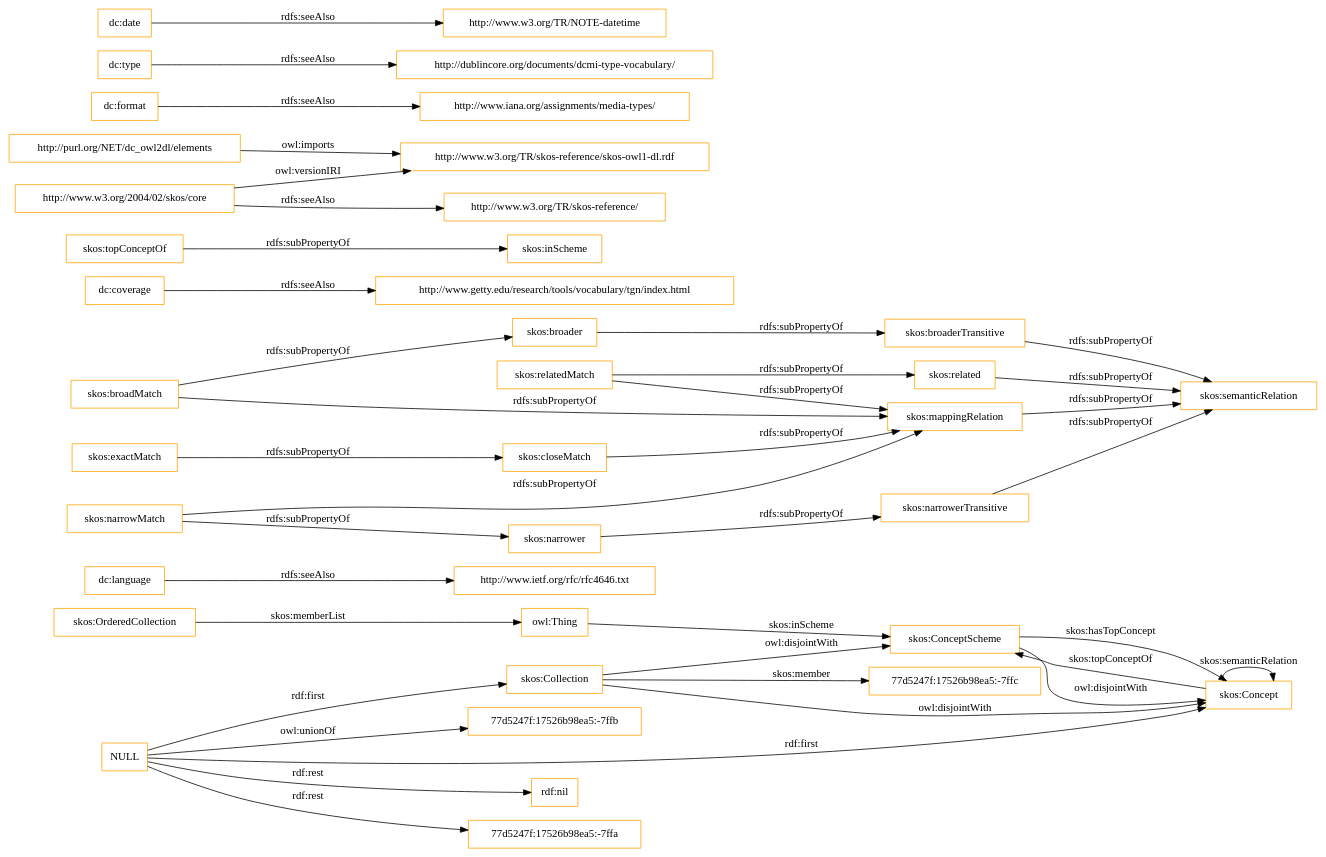
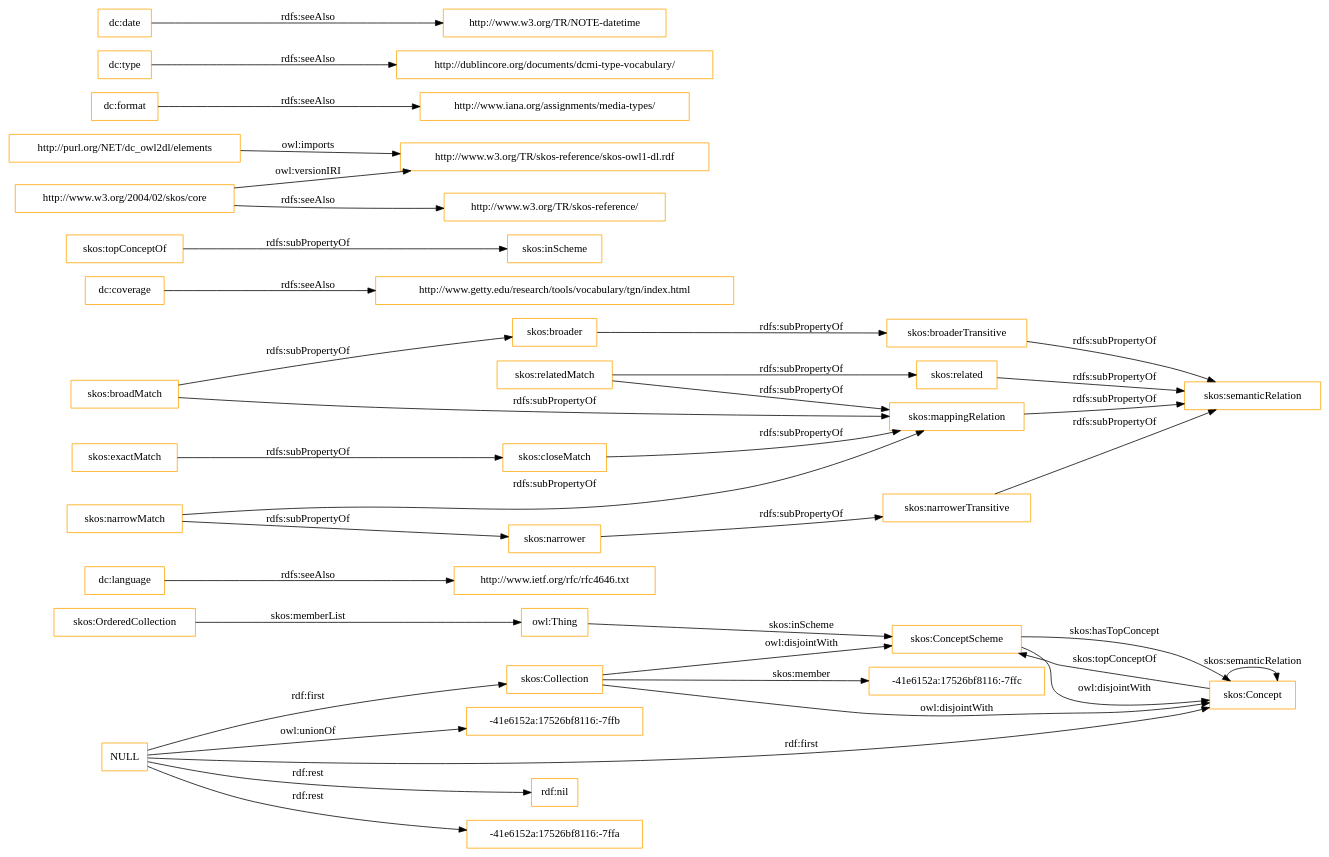
One commit to OnToologyUser/core-ontology-1 changed the diagram in OnToology/imports/elements.owl/diagrams/ar2dtool-class/elements.owl.png.dot. Above: the diagram before and after it, drawn with Graphviz. The commit also changed 14 other files, not shown here.

```diff
--- a/OnToology/imports/elements.owl/diagrams/ar2dtool-class/elements.owl.png.dot
+++ b/OnToology/imports/elements.owl/diagrams/ar2dtool-class/elements.owl.png.dot
@@ -1,43 +1,43 @@
 digraph ar2dtool_diagram { 
 rankdir=LR;
 size="1501"
-node [shape = rectangle, color="orange"]; "77d5247f:17526b98ea5:-7ffc" "skos:OrderedCollection" "skos:Collection" "skos:ConceptScheme" "skos:Concept" ; /*classes style*/
+node [shape = rectangle, color="orange"]; "-41e6152a:17526bf8116:-7ffc" "skos:OrderedCollection" "skos:Collection" "skos:ConceptScheme" "skos:Concept" ; /*classes style*/
 	"dc:language" -> "http://www.ietf.org/rfc/rfc4646.txt" [ label = "rdfs:seeAlso" ];
 	"NULL" -> "rdf:nil" [ label = "rdf:rest" ];
 	"NULL" -> "skos:Collection" [ label = "rdf:first" ];
-	"NULL" -> "77d5247f:17526b98ea5:-7ffa" [ label = "rdf:rest" ];
+	"NULL" -> "-41e6152a:17526bf8116:-7ffa" [ label = "rdf:rest" ];
 	"NULL" -> "skos:Concept" [ label = "rdf:first" ];
-	"NULL" -> "77d5247f:17526b98ea5:-7ffb" [ label = "owl:unionOf" ];
+	"NULL" -> "-41e6152a:17526bf8116:-7ffb" [ label = "owl:unionOf" ];
 	"skos:closeMatch" -> "skos:mappingRelation" [ label = "rdfs:subPropertyOf" ];
 	"dc:coverage" -> "http://www.getty.edu/research/tools/vocabulary/tgn/index.html" [ label = "rdfs:seeAlso" ];
 	"skos:relatedMatch" -> "skos:related" [ label = "rdfs:subPropertyOf" ];
 	"skos:relatedMatch" -> "skos:mappingRelation" [ label = "rdfs:subPropertyOf" ];
 	"skos:ConceptScheme" -> "skos:Concept" [ label = "owl:disjointWith" ];
 	"skos:related" -> "skos:semanticRelation" [ label = "rdfs:subPropertyOf" ];
 	"skos:topConceptOf" -> "skos:inScheme" [ label = "rdfs:subPropertyOf" ];
 	"skos:broadMatch" -> "skos:broader" [ label = "rdfs:subPropertyOf" ];
 	"skos:broadMatch" -> "skos:mappingRelation" [ label = "rdfs:subPropertyOf" ];
 	"http://purl.org/NET/dc_owl2dl/elements" -> "http://www.w3.org/TR/skos-reference/skos-owl1-dl.rdf" [ label = "owl:imports" ];
 	"skos:exactMatch" -> "skos:closeMatch" [ label = "rdfs:subPropertyOf" ];
 	"dc:format" -> "http://www.iana.org/assignments/media-types/" [ label = "rdfs:seeAlso" ];
 	"skos:broaderTransitive" -> "skos:semanticRelation" [ label = "rdfs:subPropertyOf" ];
 	"dc:type" -> "http://dublincore.org/documents/dcmi-type-vocabulary/" [ label = "rdfs:seeAlso" ];
 	"skos:broader" -> "skos:broaderTransitive" [ label = "rdfs:subPropertyOf" ];
 	"skos:mappingRelation" -> "skos:semanticRelation" [ label = "rdfs:subPropertyOf" ];
 	"http://www.w3.org/2004/02/skos/core" -> "http://www.w3.org/TR/skos-reference/skos-owl1-dl.rdf" [ label = "owl:versionIRI" ];
 	"http://www.w3.org/2004/02/skos/core" -> "http://www.w3.org/TR/skos-reference/" [ label = "rdfs:seeAlso" ];
 	"skos:Collection" -> "skos:ConceptScheme" [ label = "owl:disjointWith" ];
 	"skos:Collection" -> "skos:Concept" [ label = "owl:disjointWith" ];
 	"skos:narrowMatch" -> "skos:narrower" [ label = "rdfs:subPropertyOf" ];
 	"skos:narrowMatch" -> "skos:mappingRelation" [ label = "rdfs:subPropertyOf" ];
 	"skos:narrower" -> "skos:narrowerTransitive" [ label = "rdfs:subPropertyOf" ];
 	"dc:date" -> "http://www.w3.org/TR/NOTE-datetime" [ label = "rdfs:seeAlso" ];
 	"skos:narrowerTransitive" -> "skos:semanticRelation" [ label = "rdfs:subPropertyOf" ];
 	"skos:OrderedCollection" -> "owl:Thing" [ label = "skos:memberList" ];
 	"skos:Concept" -> "skos:ConceptScheme" [ label = "skos:topConceptOf" ];
 	"skos:Concept" -> "skos:Concept" [ label = "skos:semanticRelation" ];
-	"skos:Collection" -> "77d5247f:17526b98ea5:-7ffc" [ label = "skos:member" ];
+	"skos:Collection" -> "-41e6152a:17526bf8116:-7ffc" [ label = "skos:member" ];
 	"skos:ConceptScheme" -> "skos:Concept" [ label = "skos:hasTopConcept" ];
 	"owl:Thing" -> "skos:ConceptScheme" [ label = "skos:inScheme" ];
 
 }
```
